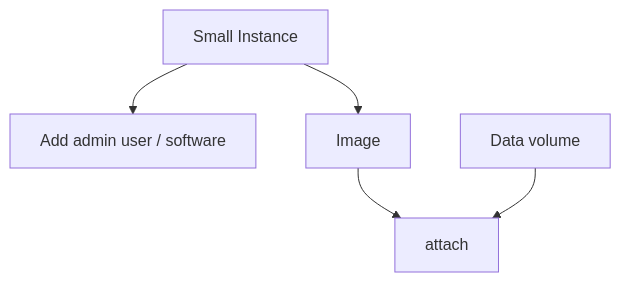
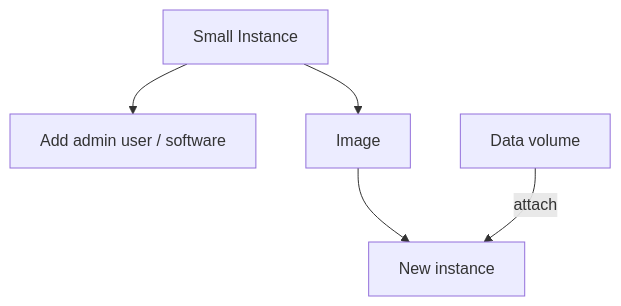
Before and after one commit to AntibodyEngineers/2024-Antibodies-and-AI: the diagram in getting-started.md, drawn with Mermaid.

````diff
--- a/getting-started.md
+++ b/getting-started.md
@@ -7,8 +7,8 @@
 ```mermaid
     flowchart TD
     
     A[Small Instance] --> B[Add admin user / software]
     A-->C[Image] --> D[New instance]
     E[Data volume]
-    E --> D[attach]
+    E -- attach --> D
 ```
````
